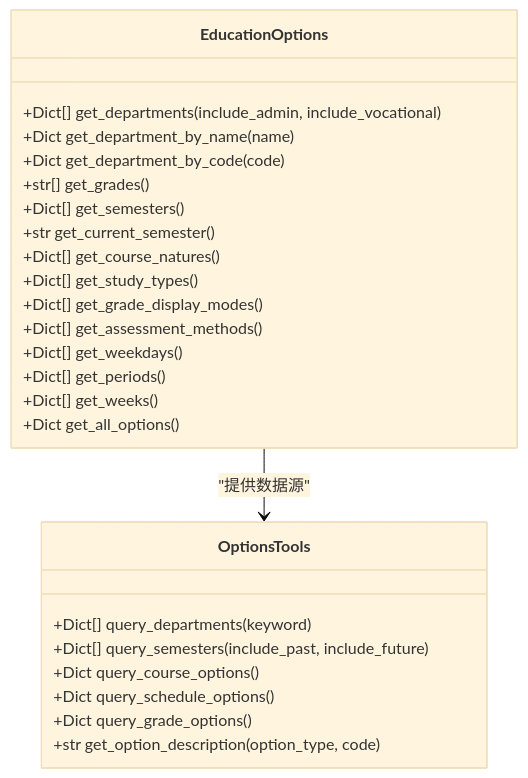
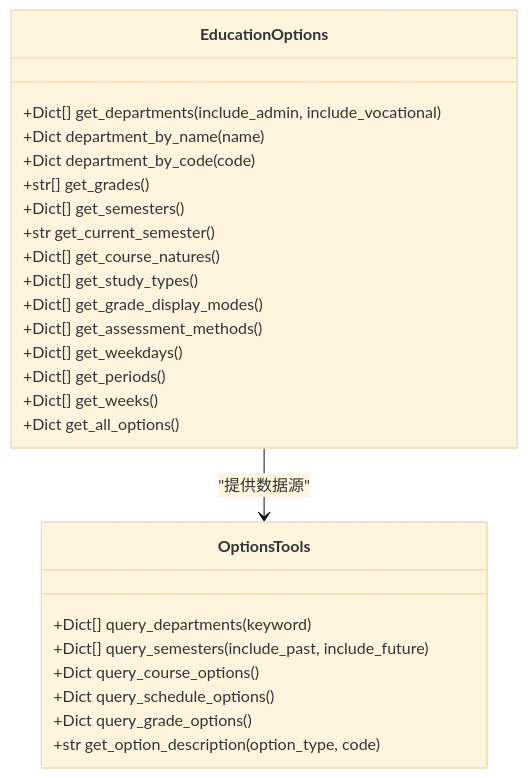
The second of 17 diagrams in .qoder/repowiki/zh/content/开发指南/扩展点与插件/AI服务插件扩展.md (ghbbn053-ship-itsoulddog/soulddog), drawn with Mermaid (base theme) before and after one commit. The commit also changed other lines of this file and 119 other files, not shown here.

````diff
--- a/.qoder/repowiki/zh/content/开发指南/扩展点与插件/AI服务插件扩展.md
+++ b/.qoder/repowiki/zh/content/开发指南/扩展点与插件/AI服务插件扩展.md
@@ -88,28 +130,28 @@
 ```mermaid
 classDiagram
 class EducationOptions {
 +Dict[] get_departments(include_admin, include_vocational)
-+Dict get_department_by_name(name)
-+Dict get_department_by_code(code)
++Dict department_by_name(name)
++Dict department_by_code(code)
 +str[] get_grades()
 +Dict[] get_semesters()
 +str get_current_semester()
 +Dict[] get_course_natures()
 +Dict[] get_study_types()
 +Dict[] get_grade_display_modes()
 +Dict[] get_assessment_methods()
 +Dict[] get_weekdays()
 +Dict[] get_periods()
 +Dict[] get_weeks()
 +Dict get_all_options()
 }
 class OptionsTools {
 +Dict[] query_departments(keyword)
 +Dict[] query_semesters(include_past, include_future)
 +Dict query_course_options()
 +Dict query_schedule_options()
 +Dict query_grade_options()
 +str get_option_description(option_type, code)
 }
 EducationOptions --> OptionsTools : "提供数据源"
 ```
````
